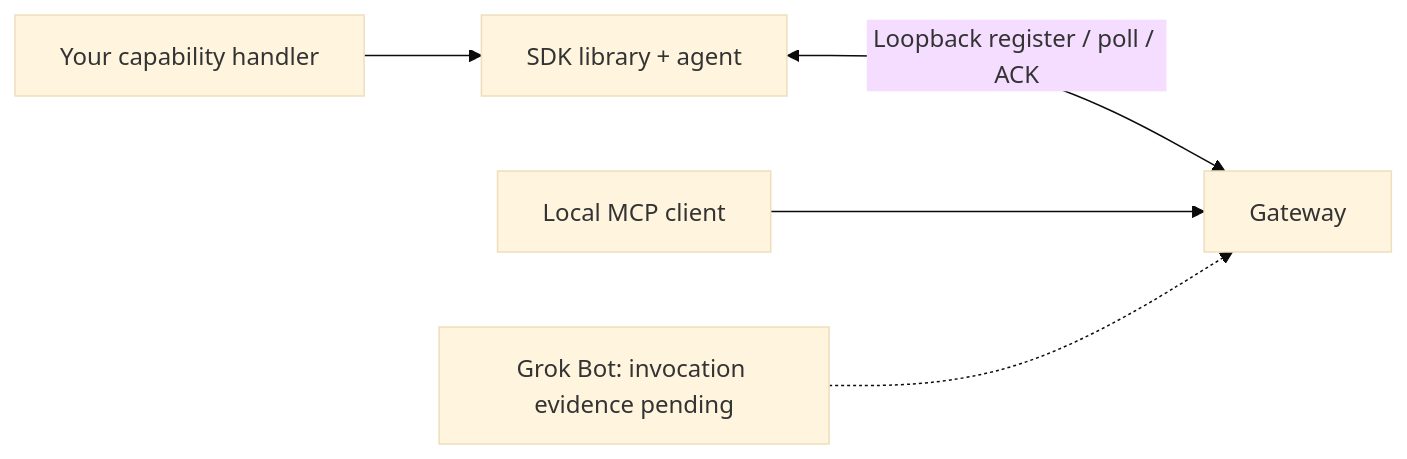
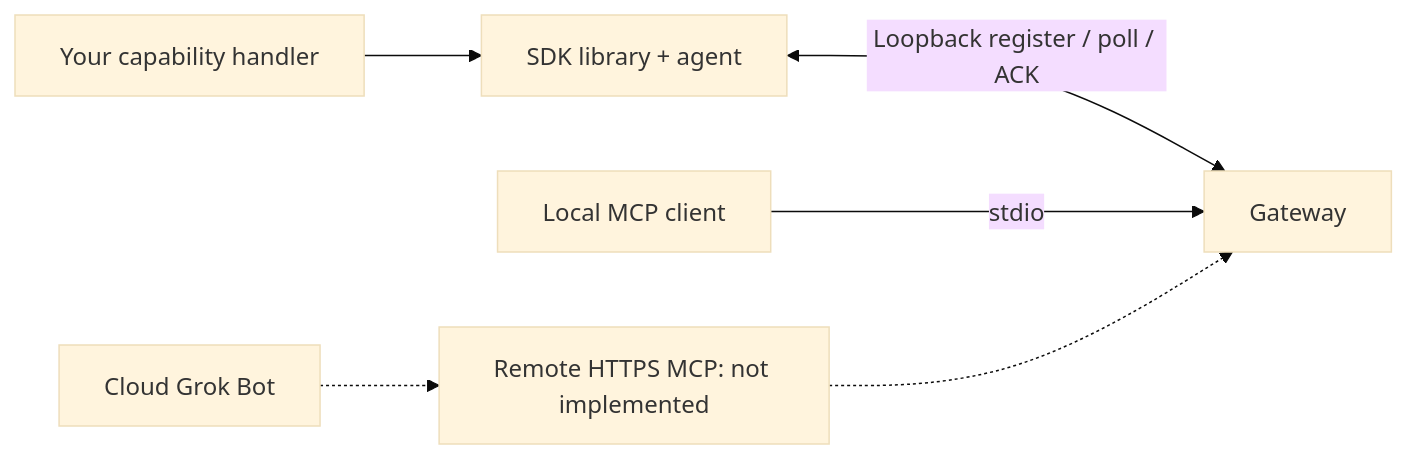
The diagram in README.md (adidshaft/grok-gadgets-linux-sdk), drawn with Mermaid (base theme) before and after one commit. The commit also changed other lines of this file and 3 other files, not shown here.

````diff
--- a/README.md
+++ b/README.md
@@ -9,7 +9,8 @@
 ```mermaid
 flowchart LR
     A["Your capability handler"] --> S["SDK library + agent"]
     S <-->|"Loopback register / poll / ACK"| G["Gateway"]
-    C["Local MCP client"] --> G
-    B["Grok Bot: invocation evidence pending"] -.-> G
+    C["Local MCP client"] -->|"stdio"| G
+    B["Cloud Grok Bot"] -.-> R["Remote HTTPS MCP: not implemented"]
+    R -.-> G
 ```
````
